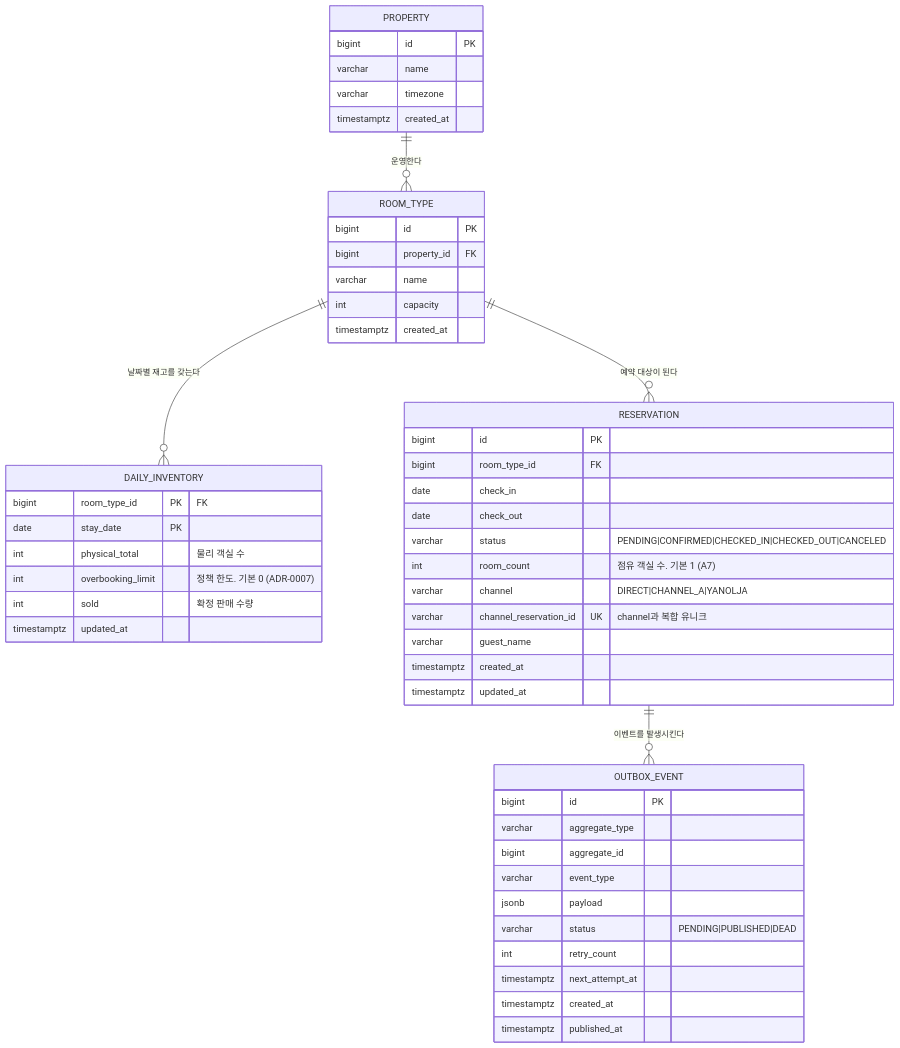
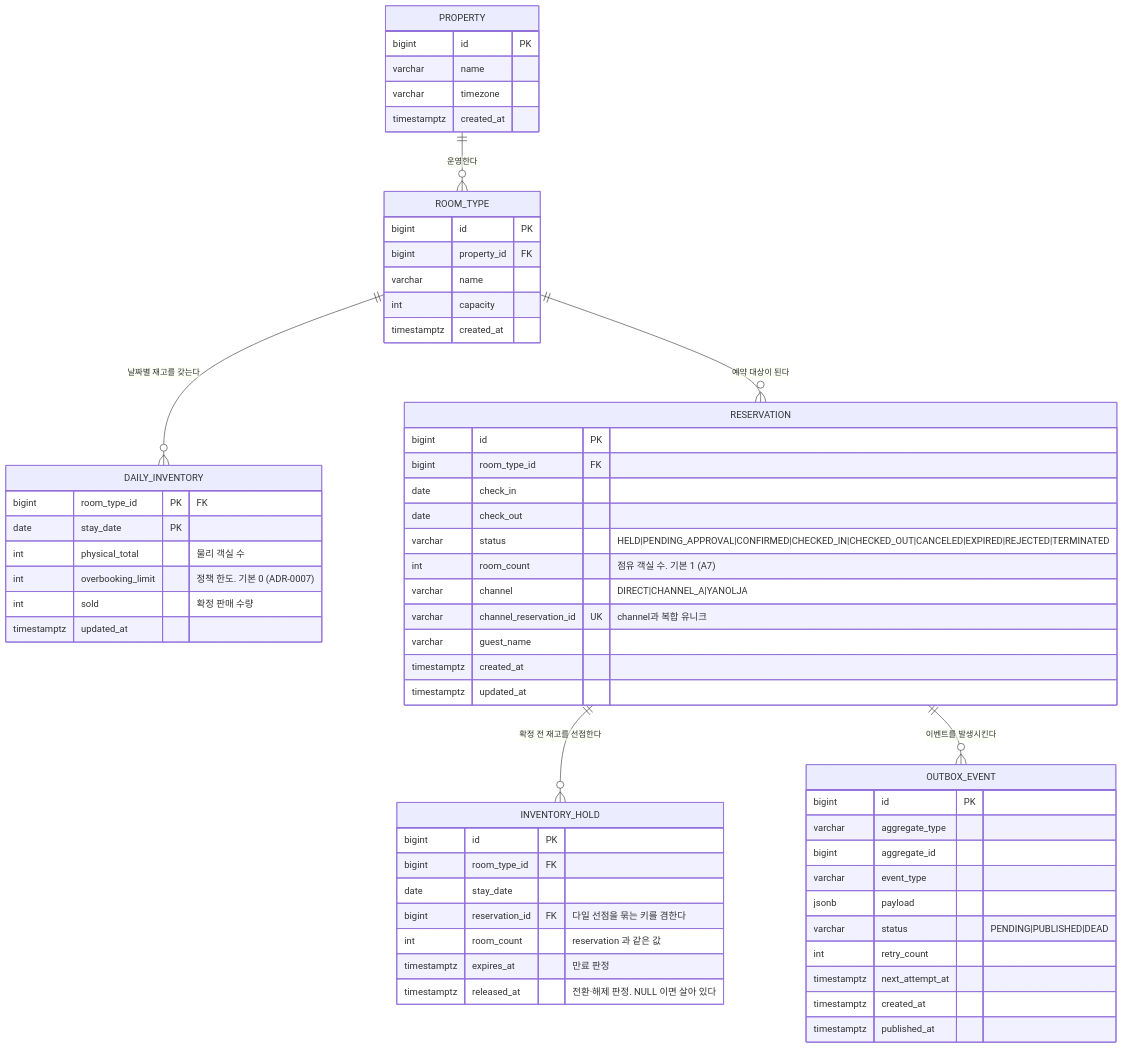
One commit to PreAgile/stay-inventory-sync changed the first of 2 diagrams in docs/01-domain-model.md. Above: the diagram before and after it, drawn with Mermaid. The commit also changed other lines of this file and 5 other files, not shown here.

````diff
--- a/docs/01-domain-model.md
+++ b/docs/01-domain-model.md
@@ -5,58 +5,69 @@
 ```mermaid
 erDiagram
     PROPERTY ||--o{ ROOM_TYPE : "운영한다"
     ROOM_TYPE ||--o{ DAILY_INVENTORY : "날짜별 재고를 갖는다"
     ROOM_TYPE ||--o{ RESERVATION : "예약 대상이 된다"
+    RESERVATION ||--o{ INVENTORY_HOLD : "확정 전 재고를 선점한다"
     RESERVATION ||--o{ OUTBOX_EVENT : "이벤트를 발생시킨다"
 
     PROPERTY {
         bigint   id PK
         varchar  name
         varchar  timezone
         timestamptz created_at
     }
 
     ROOM_TYPE {
         bigint   id PK
         bigint   property_id FK
         varchar  name
         int      capacity
         timestamptz created_at
     }
 
     DAILY_INVENTORY {
         bigint   room_type_id PK "FK"
         date     stay_date    PK
         int      physical_total    "물리 객실 수"
         int      overbooking_limit "정책 한도. 기본 0 (ADR-0007)"
         int      sold              "확정 판매 수량"
         timestamptz updated_at
     }
 
     RESERVATION {
         bigint   id PK
         bigint   room_type_id FK
         date     check_in
         date     check_out
-        varchar  status       "PENDING|CONFIRMED|CHECKED_IN|CHECKED_OUT|CANCELED"
+        varchar  status       "HELD|PENDING_APPROVAL|CONFIRMED|CHECKED_IN|CHECKED_OUT|CANCELED|EXPIRED|REJECTED|TERMINATED"
         int      room_count   "점유 객실 수. 기본 1 (A7)"
         varchar  channel      "DIRECT|CHANNEL_A|YANOLJA"
         varchar  channel_reservation_id UK "channel과 복합 유니크"
         varchar  guest_name
         timestamptz created_at
         timestamptz updated_at
+    }
+
+    INVENTORY_HOLD {
+        bigint   id PK
+        bigint   room_type_id FK
+        date     stay_date
+        bigint   reservation_id FK "다일 선점을 묶는 키를 겸한다"
+        int      room_count       "reservation 과 같은 값"
+        timestamptz expires_at    "만료 판정"
+        timestamptz released_at   "전환·해제 판정. NULL 이면 살아 있다"
     }
 
     OUTBOX_EVENT {
         bigint   id PK
         varchar  aggregate_type
         bigint   aggregate_id
         varchar  event_type
         jsonb    payload
         varchar  status       "PENDING|PUBLISHED|DEAD"
         int      retry_count
         timestamptz next_attempt_at
         timestamptz created_at
         timestamptz published_at
     }
 ```
````
